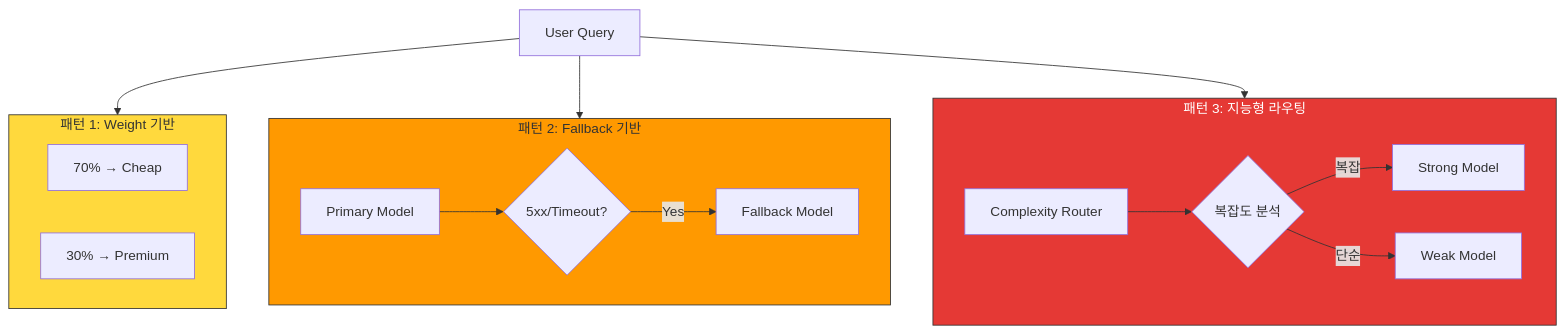
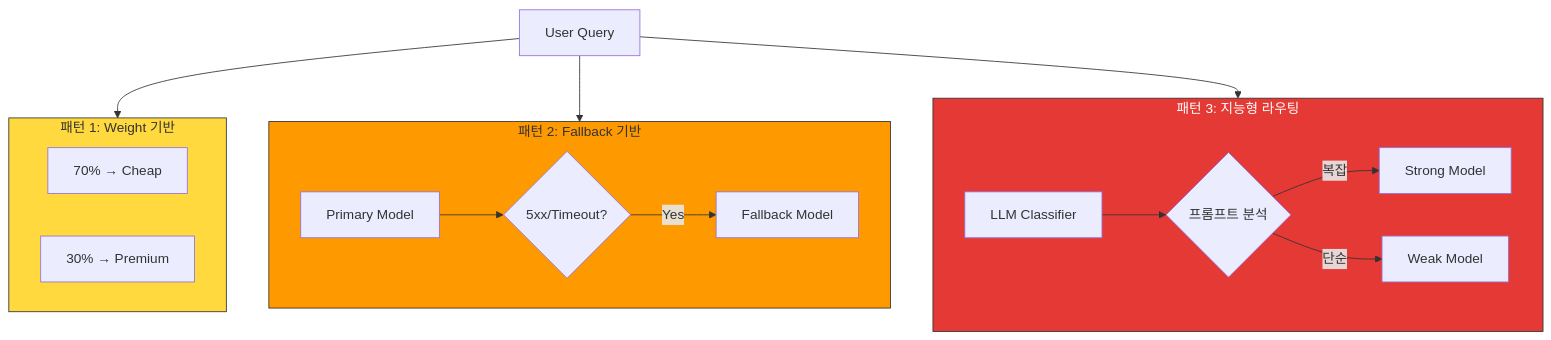
One commit to devfloor9/engineering-playbook changed the third of 6 diagrams in docs/agentic-ai-platform/design-architecture/inference-gateway-routing.md. Above: the diagram before and after it, drawn with Mermaid. The commit also changed other lines of this file and 6 other files, not shown here.

First line of the commit message:
docs: LLM Classifier 자동 모델 분기 아키텍처 반영

````diff
--- a/docs/agentic-ai-platform/design-architecture/inference-gateway-routing.md
+++ b/docs/agentic-ai-platform/design-architecture/inference-gateway-routing.md
@@ -242,35 +242,35 @@
 ```mermaid
 flowchart TB
     Q[User Query]
     
     subgraph P1["패턴 1: Weight 기반"]
         W1[70% → Cheap]
         W2[30% → Premium]
     end
     
     subgraph P2["패턴 2: Fallback 기반"]
         F1[Primary Model]
         F2{5xx/Timeout?}
         F3[Fallback Model]
     end
     
     subgraph P3["패턴 3: 지능형 라우팅"]
-        R1[Complexity Router]
-        R2{복잡도 분석}
+        R1[LLM Classifier]
+        R2{프롬프트 분석}
         R3[Strong Model]
         R4[Weak Model]
     end
     
     Q --> P1 & P2 & P3
     
     F1 --> F2
     F2 -->|Yes| F3
     
     R1 --> R2
     R2 -->|복잡| R3
     R2 -->|단순| R4
     
     style P1 fill:#ffd93d,stroke:#333
     style P2 fill:#ff9900,stroke:#333
     style P3 fill:#e53935,stroke:#333,color:#fff
 ```
````
